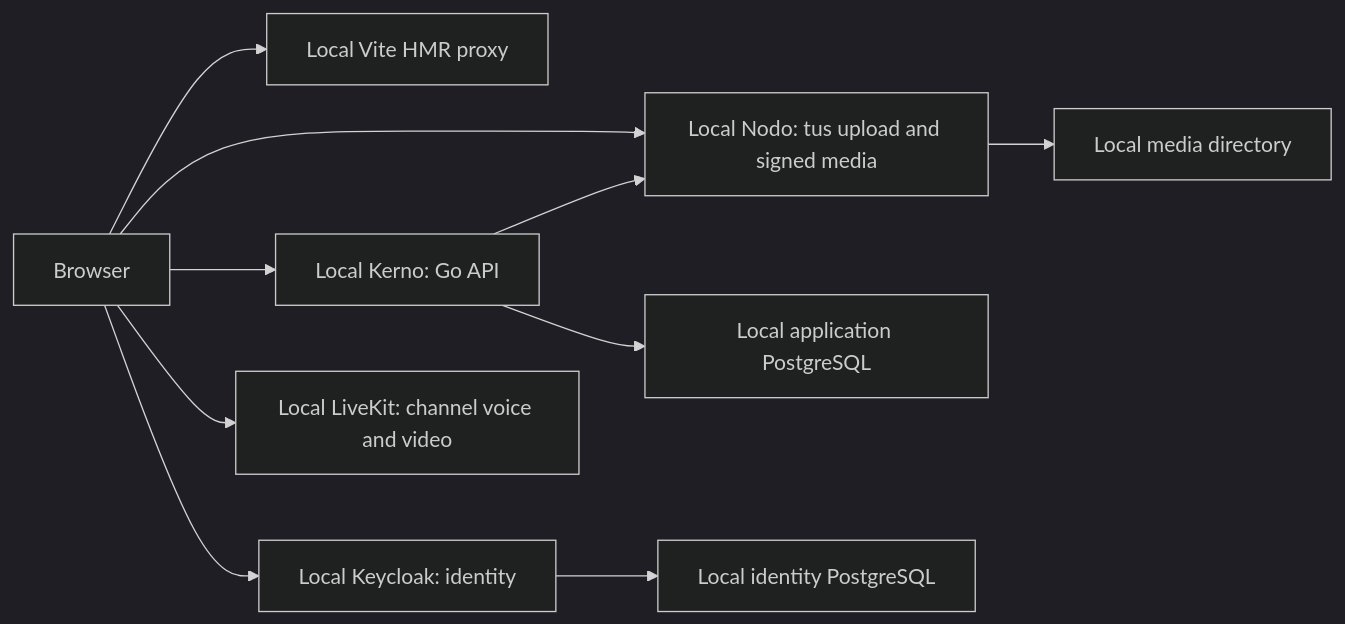
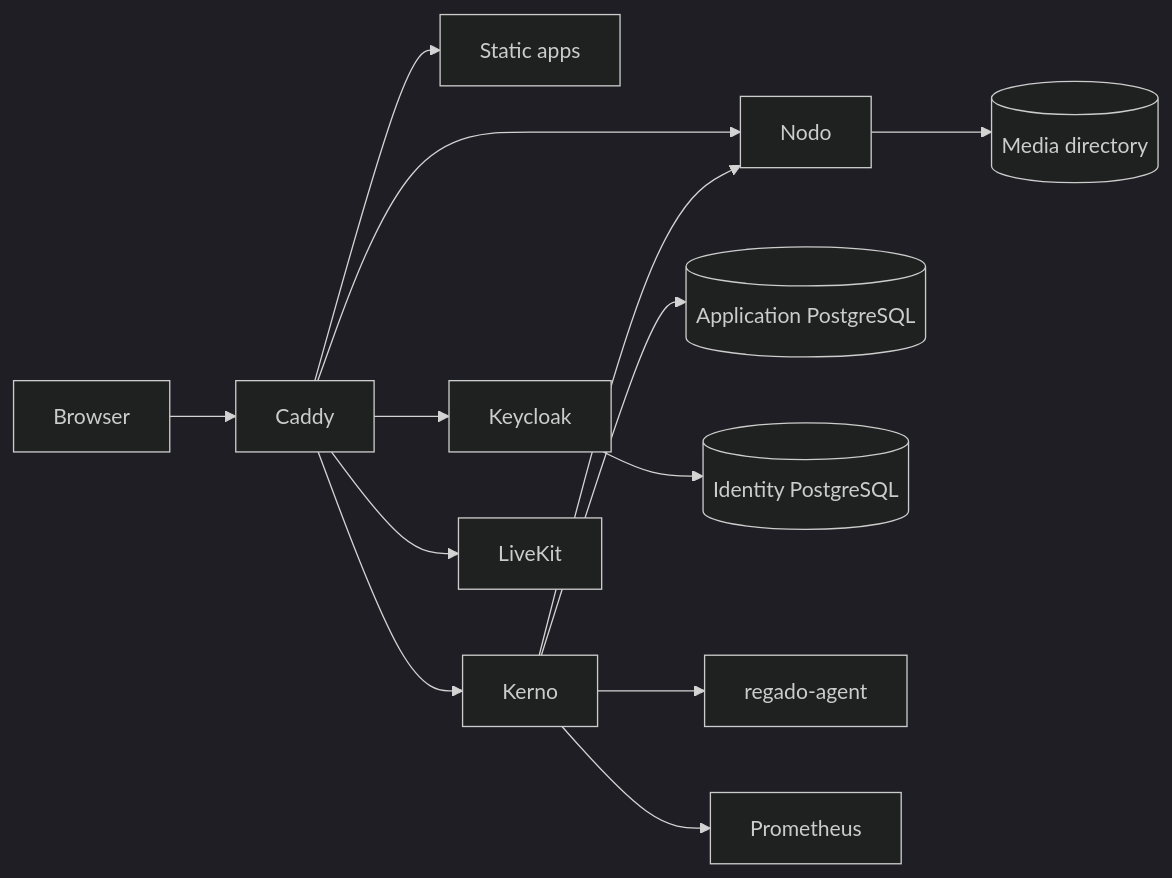
One commit to druckheil/Kaordo changed the diagram in docs/architecture.md. Above: the diagram before and after it, drawn with Mermaid (dark theme). The commit also changed other lines of this file and 53 other files, not shown here.

````diff
--- a/docs/architecture.md
+++ b/docs/architecture.md
@@ -5,12 +3,15 @@
 ```mermaid
 flowchart LR
-  Browser --> Site[Local Vite HMR proxy]
-  Browser --> Kerno[Local Kerno: Go API]
-  Browser --> Keycloak[Local Keycloak: identity]
-  Browser --> Nodo[Local Nodo: tus upload and signed media]
-  Browser --> LiveKit[Local LiveKit: channel voice and video]
-  Kerno --> AppDB[Local application PostgreSQL]
-  Keycloak --> IdentityDB[Local identity PostgreSQL]
+  Browser --> Caddy
+  Caddy --> Static[Static apps]
+  Caddy --> Keycloak
+  Caddy --> Kerno
+  Caddy --> Nodo
+  Caddy --> LiveKit
+  Kerno --> AppDB[(Application PostgreSQL)]
+  Keycloak --> IdentityDB[(Identity PostgreSQL)]
   Kerno --> Nodo
-  Nodo --> Disks[Local media directory]
+  Kerno --> Agent[regado-agent]
+  Kerno --> Prometheus
+  Nodo --> Media[(Media directory)]
 ```
````
